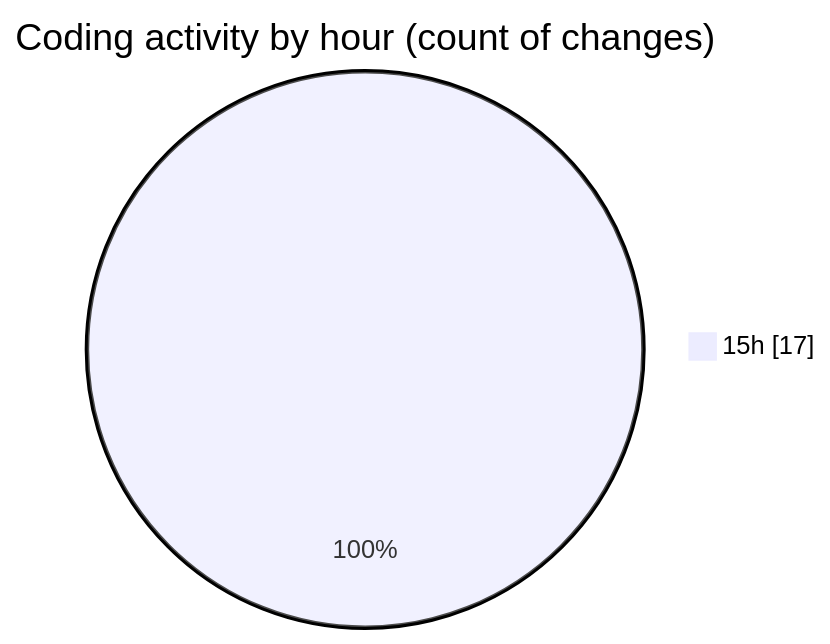
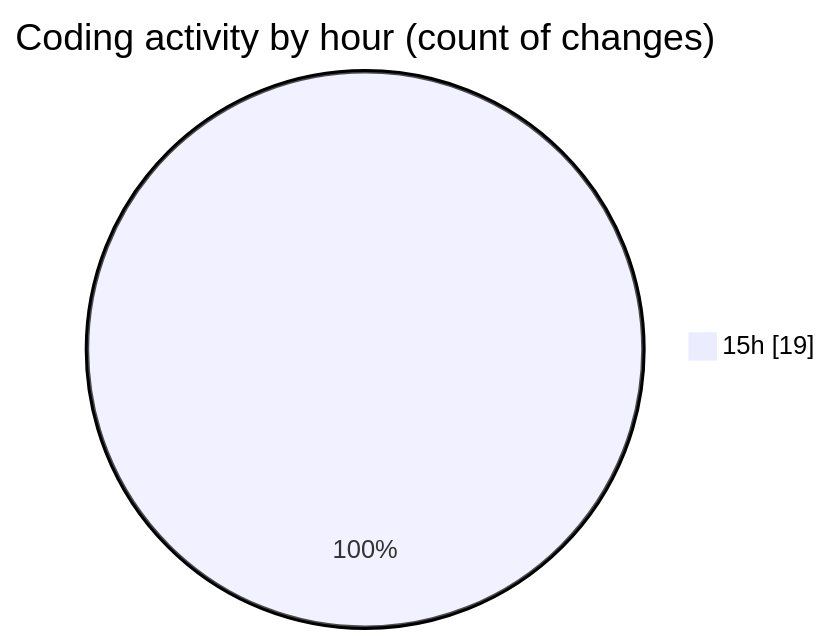
The second of 2 diagrams in 2025-10-21/untitled__workspace_/README.md (debugP/code-tracking), drawn with Mermaid before and after one commit. The commit also changed other lines of this file and 1 other file, not shown here.

````diff
--- a/2025-10-21/untitled__workspace_/README.md
+++ b/2025-10-21/untitled__workspace_/README.md
@@ -28,5 +28,5 @@
 ```mermaid
 pie showData
 title Coding activity by hour (count of changes)
-"15h" : 17
+"15h" : 19
 ```
````
